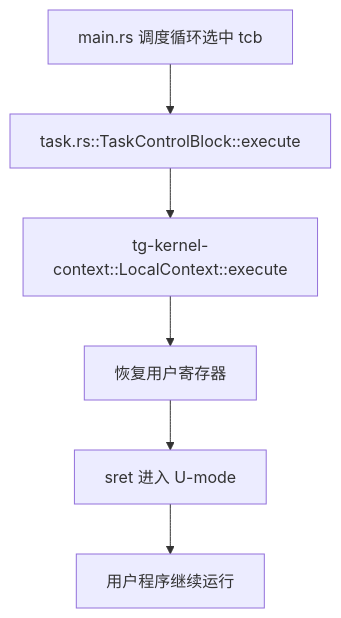
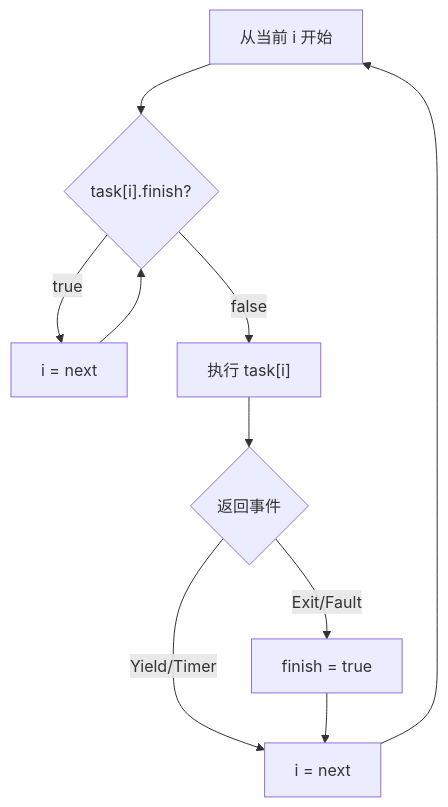
One commit to flyyansii/Tg-rCore-Tutorial-2026S changed the second of 8 diagrams in doc/ch3/rCore-ch3-代码链与模块对应底稿.md. Above: the diagram before and after it, drawn with Mermaid. The commit also changed other lines of this file and 7 other files, not shown here.

````diff
--- a/doc/ch3/rCore-ch3-代码链与模块对应底稿.md
+++ b/doc/ch3/rCore-ch3-代码链与模块对应底稿.md
@@ -80,8 +113,12 @@
 ```mermaid
 flowchart TD
-    A["main.rs 调度循环选中 tcb"] --> B["task.rs::TaskControlBlock::execute"]
-    B --> C["tg-kernel-context::LocalContext::execute"]
-    C --> D["恢复用户寄存器"]
-    D --> E["sret 进入 U-mode"]
-    E --> F["用户程序继续运行"]
+    A["从当前 i 开始"] --> B{"task[i].finish?"}
+    B -- "true" --> C["i = next"]
+    C --> B
+    B -- "false" --> D["执行 task[i]"]
+    D --> E{"返回事件"}
+    E -- "Yield/Timer" --> F["i = next"]
+    E -- "Exit/Fault" --> G["finish = true"]
+    G --> F
+    F --> A
 ```
````
